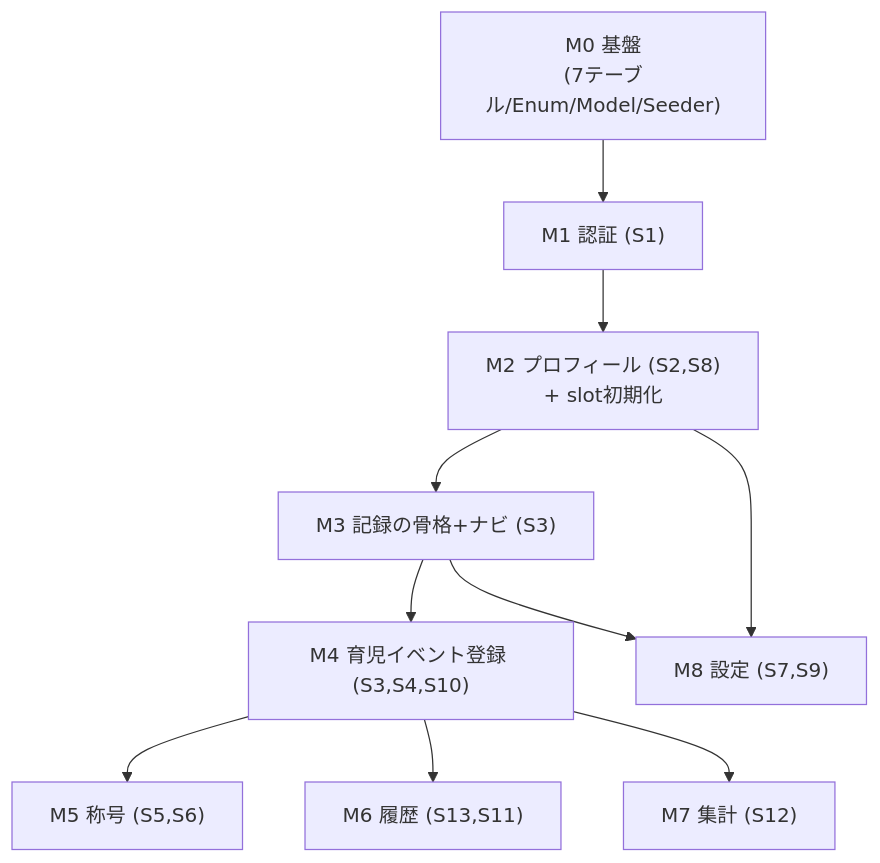
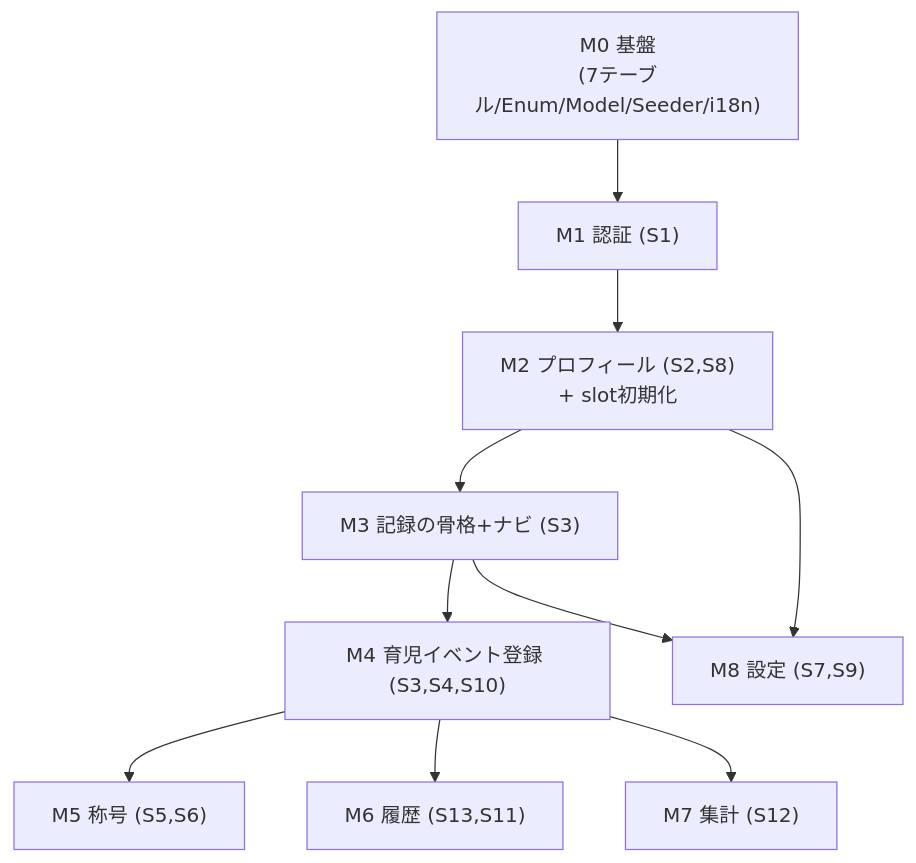
One commit to sawatch-fisherman/father-parenting-log changed the diagram in docs/implementation-plan.md. Above: the diagram before and after it, drawn with Mermaid. The commit also changed other lines of this file and 5 other files, not shown here.

````diff
--- a/docs/implementation-plan.md
+++ b/docs/implementation-plan.md
@@ -29,12 +31,12 @@
 ```mermaid
 flowchart TD
-    M0["M0 基盤<br>(7テーブル/Enum/Model/Seeder)"] --> M1["M1 認証 (S1)"]
+    M0["M0 基盤<br>(7テーブル/Enum/Model/Seeder/i18n)"] --> M1["M1 認証 (S1)"]
     M1 --> M2["M2 プロフィール (S2,S8)<br>+ slot初期化"]
     M2 --> M3["M3 記録の骨格+ナビ (S3)"]
     M3 --> M4["M4 育児イベント登録 (S3,S4,S10)"]
     M4 --> M5["M5 称号 (S5,S6)"]
     M4 --> M6["M6 履歴 (S13,S11)"]
     M4 --> M7["M7 集計 (S12)"]
     M2 --> M8["M8 設定 (S7,S9)"]
     M3 --> M8
 ```
````
